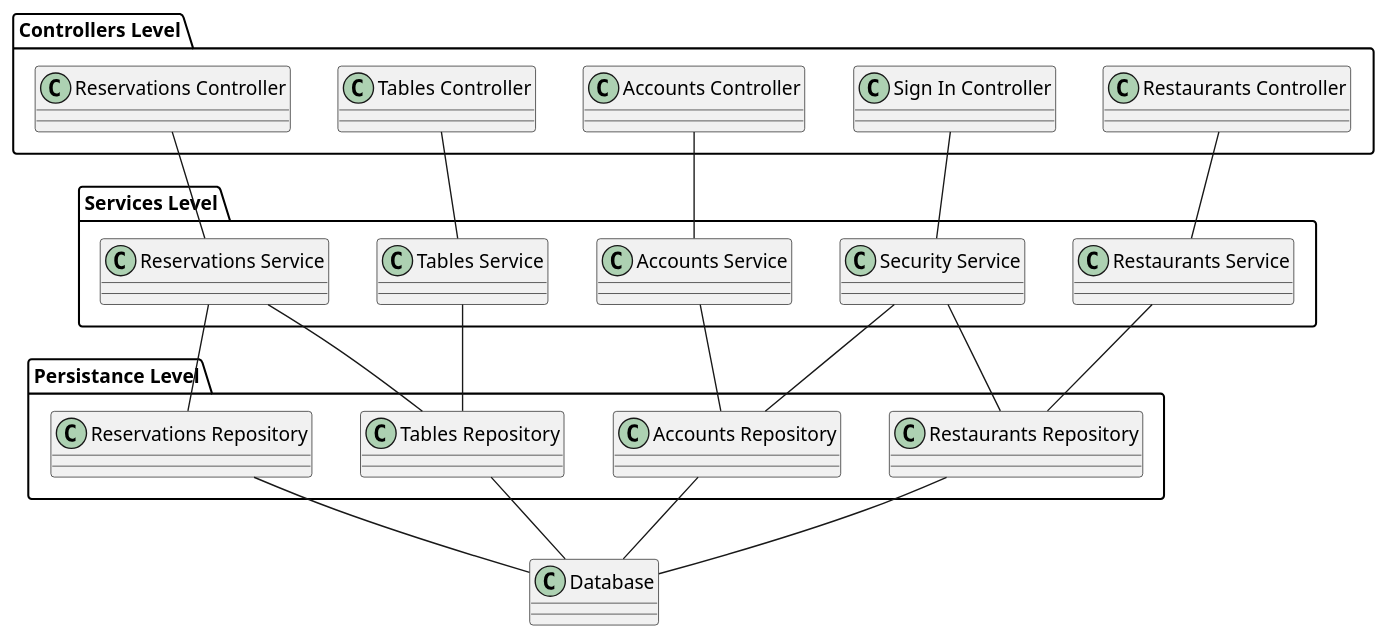
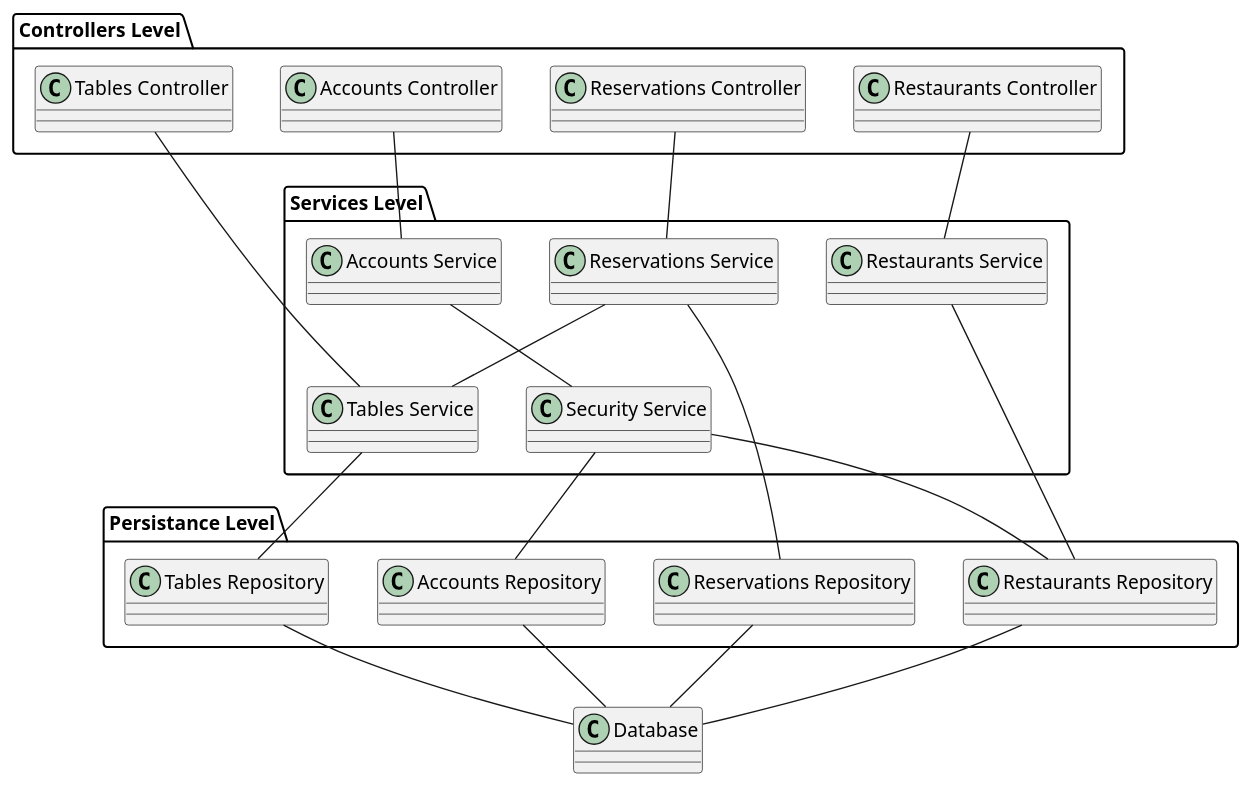
One commit to PavelPutin/restobook changed the diagram in documentation/диаграммы/Диаграмма классов.pu. Above: the diagram before and after it, drawn with PlantUML. The commit also changed 6 other files, not shown here.

Commit message:
fix: rewrote system classes diagram

```diff
--- a/documentation/диаграммы/Диаграмма классов.pu
+++ b/documentation/диаграммы/Диаграмма классов.pu
@@ -1,46 +1,44 @@
 @startuml Диаграмма классов
 
 package "Controllers Level" {
-    class "Sign In Controller"
     class "Restaurants Controller"
     class "Accounts Controller"
     class "Tables Controller"
     class "Reservations Controller"
 }
 
 package "Services Level" {
+    class "Restaurants Service"
+    class "Accounts Service"
     class "Security Service"
-    class "Accounts Service"
     class "Tables Service"
     class "Reservations Service"
-    class "Restaurants Service"
 }
 
 package "Persistance Level" {
+    class "Restaurants Repository"
     class "Accounts Repository"
     class "Tables Repository"
     class "Reservations Repository"
-    class "Restaurants Repository"
 }
 
-"Sign In Controller" -- "Security Service"
-"Restaurants Controller" -- "Restaurants Service"
-"Accounts Controller" -- "Accounts Service"
-"Tables Controller" -- "Tables Service"
-"Reservations Controller" -- "Reservations Service"
+"Restaurants Controller" -down- "Restaurants Service"
+"Accounts Controller" -down- "Accounts Service"
+"Tables Controller" -down- "Tables Service"
+"Reservations Controller" -down- "Reservations Service"
 
-"Security Service" -- "Accounts Repository"
-"Security Service" -- "Restaurants Repository"
-"Accounts Service" -- "Accounts Repository"
-"Tables Service" -- "Tables Repository"
-"Reservations Service" -- "Reservations Repository"
-"Reservations Service" -- "Tables Repository"
-"Restaurants Service" -- "Restaurants Repository"
+"Restaurants Service" -down- "Restaurants Repository"
+"Accounts Service" -down- "Security Service"
+"Security Service" -down- "Accounts Repository"
+"Security Service" -down- "Restaurants Repository"
+"Tables Service" -down- "Tables Repository"
+"Reservations Service" -down- "Reservations Repository"
+"Reservations Service" -down- "Tables Service"
 
+"Restaurants Repository" -- "Database"
 "Accounts Repository" -- "Database"
 "Tables Repository" -- "Database"
 "Reservations Repository" -- "Database"
-"Restaurants Repository" -- "Database"
 
 
 @enduml
```
